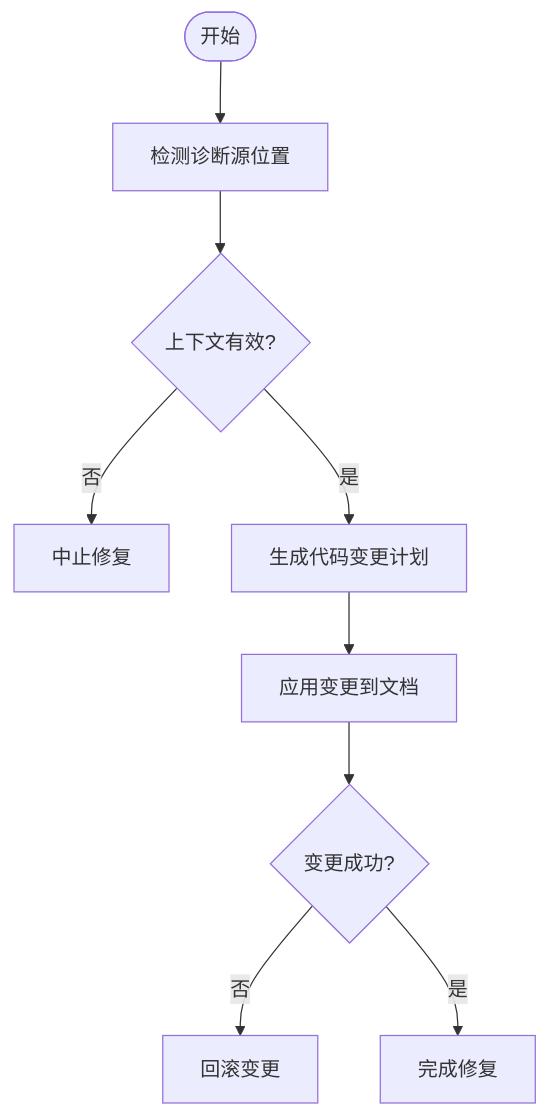
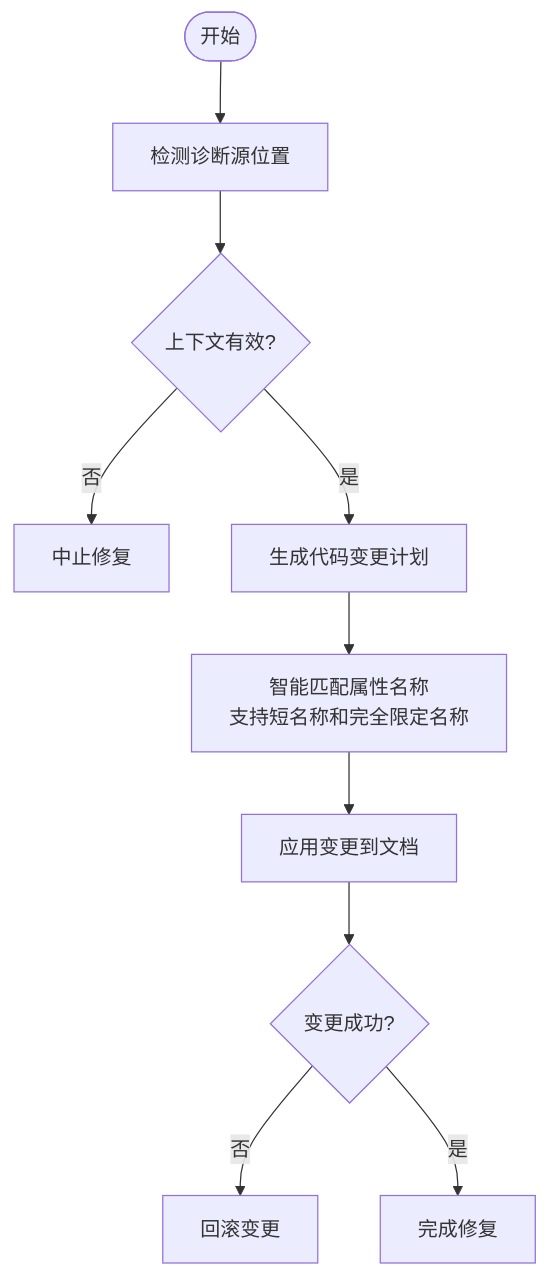
The fourth of 5 diagrams in .qoder/repowiki/zh/content/调试与诊断/分析器系统.md (alivy/AutoCode), drawn with Mermaid before and after one commit. The commit also changed other lines of this file and 23 other files, not shown here.

````diff
--- a/.qoder/repowiki/zh/content/调试与诊断/分析器系统.md
+++ b/.qoder/repowiki/zh/content/调试与诊断/分析器系统.md
@@ -194,11 +199,12 @@
 ```mermaid
 flowchart TD
 Start(["开始"]) --> Detect["检测诊断源位置"]
 Detect --> Validate{"上下文有效?"}
 Validate --> |否| Abort["中止修复"]
 Validate --> |是| Plan["生成代码变更计划"]
-Plan --> Apply["应用变更到文档"]
+Plan --> MatchAttr["智能匹配属性名称<br/>支持短名称和完全限定名称"]
+MatchAttr --> Apply["应用变更到文档"]
 Apply --> Confirm{"变更成功?"}
 Confirm --> |否| Rollback["回滚变更"]
 Confirm --> |是| Done["完成修复"]
 ```
````
